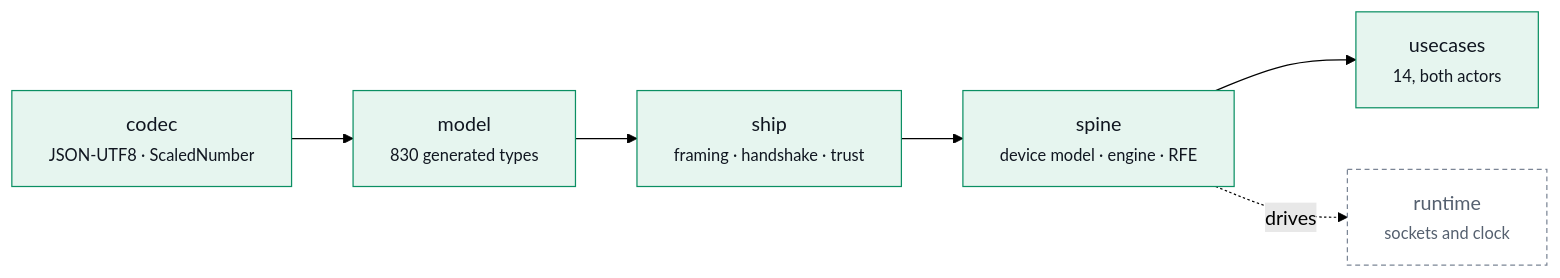
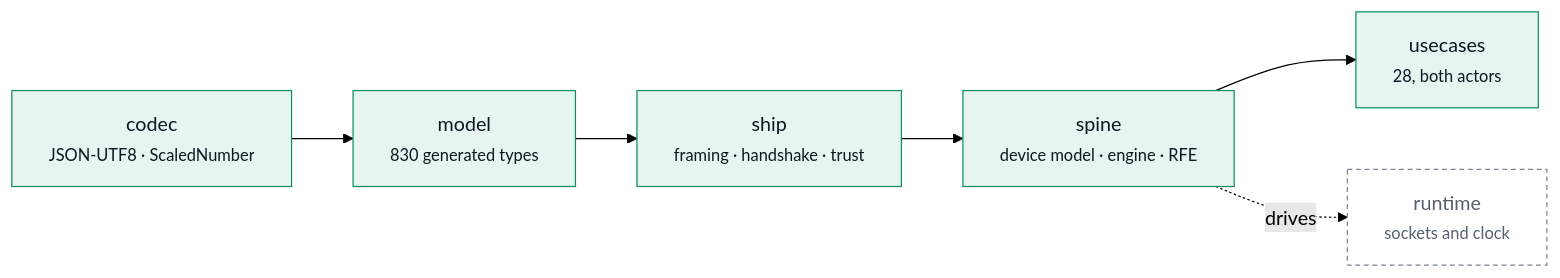
The diagram in site/content/docs/architecture.md (hupe1980/eebus), drawn with Mermaid (forest theme) before and after one commit. The commit also changed other lines of this file and 33 other files, not shown here.

````diff
--- a/site/content/docs/architecture.md
+++ b/site/content/docs/architecture.md
@@ -11,17 +11,17 @@
 ```mermaid
 flowchart LR
   codec["codec<br><small>JSON-UTF8 · ScaledNumber</small>"]
   model["model<br><small>830 generated types</small>"]
   ship["ship<br><small>framing · handshake · trust</small>"]
   spine["spine<br><small>device model · engine · RFE</small>"]
-  uc["usecases<br><small>14, both actors</small>"]
+  uc["usecases<br><small>28, both actors</small>"]
   rt["runtime<br><small>sockets and clock</small>"]
 
   codec --> model --> ship --> spine --> uc
   spine -. drives .-> rt
 
   classDef core fill:#e6f5ef,stroke:#0b8f63,color:#101620;
   classDef io fill:transparent,stroke:#7b8595,stroke-dasharray:4 3,color:#55606f;
   class codec,model,ship,spine,uc core
   class rt io
 ```
````
